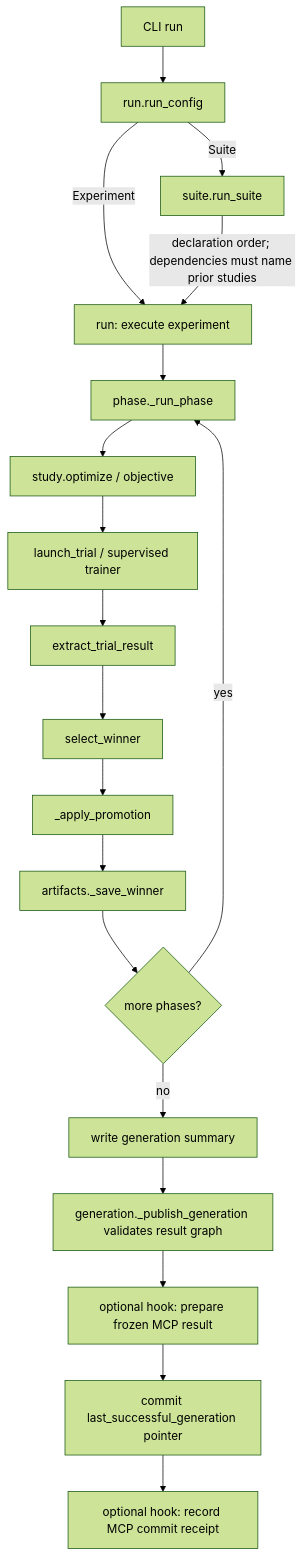
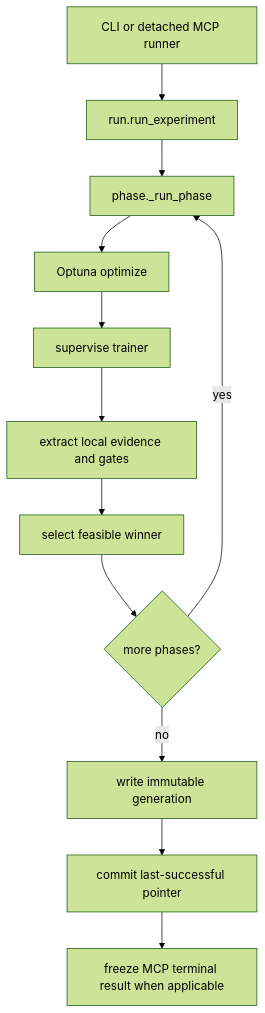
One commit to pszemraj/phasesweep changed the diagram in docs/development.md. Above: the diagram before and after it, drawn with Mermaid (forest theme). The commit also changed other lines of this file and 9 other files, not shown here.

````diff
--- a/docs/development.md
+++ b/docs/development.md
@@ -62,21 +75,14 @@
 ```mermaid
 flowchart TD
-    cli["CLI run"] --> dispatch["run.run_config"]
-    dispatch -->|Experiment| experiment["run: execute experiment"]
-    dispatch -->|Suite| suite["suite.run_suite"]
-    suite -->|"declaration order; dependencies must name prior studies"| experiment
-    experiment --> phase["phase._run_phase"]
-    phase --> optimize["study.optimize / objective"]
-    optimize --> launch["launch_trial / supervised trainer"]
-    launch --> evidence["extract_trial_result"]
-    evidence --> select["select_winner"]
-    select --> promote["_apply_promotion"]
-    promote --> winner["artifacts._save_winner"]
-    winner --> more{"more phases?"}
-    more -->|yes| phase
-    more -->|no| summary["write generation summary"]
-    summary --> publish["generation._publish_generation validates result graph"]
-    publish --> sidecar["optional hook: prepare frozen MCP result"]
-    sidecar --> pointer["commit last_successful_generation pointer"]
-    pointer --> receipt["optional hook: record MCP commit receipt"]
+    cli["CLI or detached MCP runner"] --> run["run.run_experiment"]
+    run --> phase["phase._run_phase"]
+    phase --> optimize["Optuna optimize"]
+    optimize --> launch["supervise trainer"]
+    launch --> evidence["extract local evidence and gates"]
+    evidence --> select["select feasible winner"]
+    select --> next{"more phases?"}
+    next -->|yes| phase
+    next -->|no| generation["write immutable generation"]
+    generation --> pointer["commit last-successful pointer"]
+    pointer --> snapshot["freeze MCP terminal result when applicable"]
 ```
````
